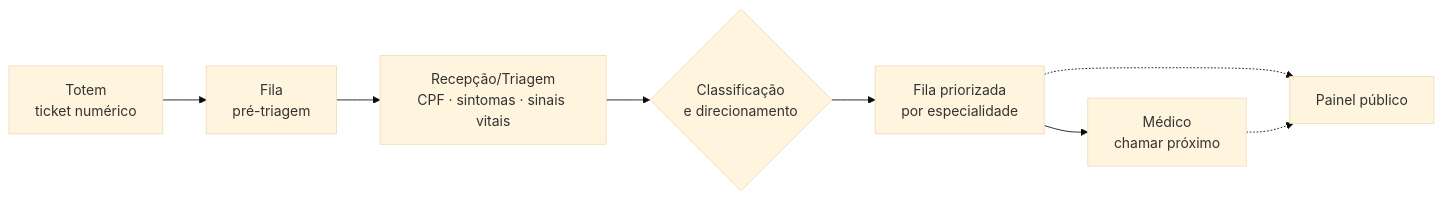
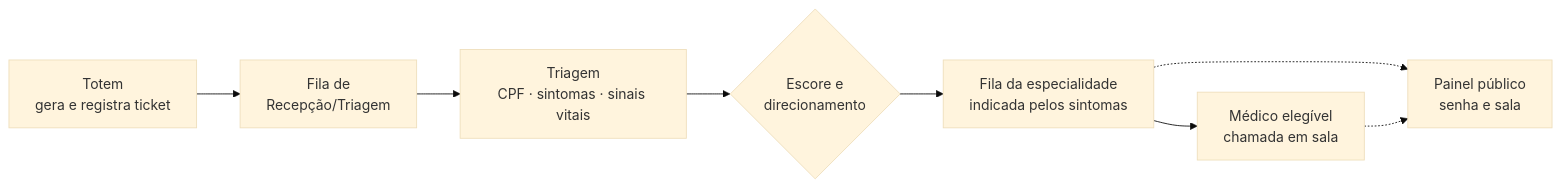
One commit to leonardo-sferreira/ps-fila-prioritaria changed the first of 2 diagrams in README.md. Above: the diagram before and after it, drawn with Mermaid (base theme). The commit also changed other lines of this file and 10 other files, not shown here.

````diff
--- a/README.md
+++ b/README.md
@@ -35,10 +35,10 @@
 ```mermaid
 flowchart LR
-    A[Totem<br/>ticket numérico] --> B[Fila<br/>pré-triagem]
-    B --> C[Recepção/Triagem<br/>CPF · sintomas · sinais vitais]
-    C --> D{Classificação<br/>e direcionamento}
-    D --> E[Fila priorizada<br/>por especialidade]
-    E --> F[Médico<br/>chamar próximo]
-    E -.-> G[Painel público]
+    A[Totem<br/>gera e registra ticket] --> B[Fila de<br/>Recepção/Triagem]
+    B --> C[Triagem<br/>CPF · sintomas · sinais vitais]
+    C --> D{Escore e<br/>direcionamento}
+    D --> E[Fila da especialidade<br/>indicada pelos sintomas]
+    E --> F[Médico elegível<br/>chamada em sala]
+    E -.-> G[Painel público<br/>senha e sala]
     F -.-> G
 ```
````
